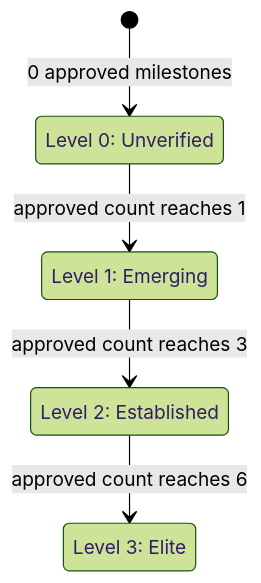
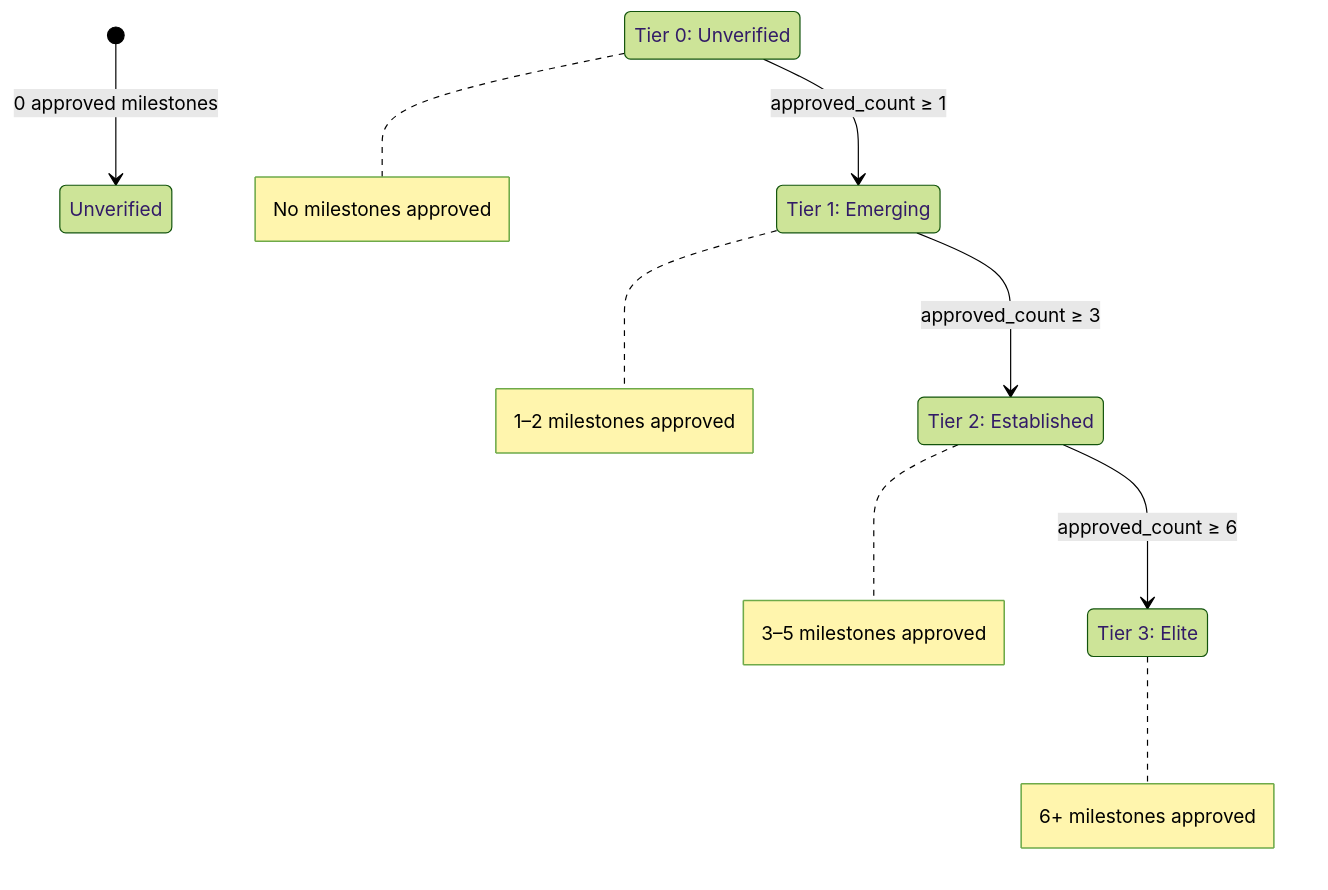
One commit to BarryArinze/scout-off-backend changed the diagram in docs/tier-promotion.md. Above: the diagram before and after it, drawn with Mermaid (forest theme). The commit also changed other lines of this file and 2 other files, not shown here.

````diff
--- a/docs/tier-promotion.md
+++ b/docs/tier-promotion.md
@@ -41,12 +60,28 @@
 ```mermaid
 stateDiagram-v2
     [*] --> Unverified: 0 approved milestones
-    state "Level 0: Unverified" as Unverified
-    state "Level 1: Emerging" as Emerging
-    state "Level 2: Established" as Established
-    state "Level 3: Elite" as Elite
+    state "Tier 0: Unverified" as Tier0
+    state "Tier 1: Emerging" as Tier1
+    state "Tier 2: Established" as Tier2
+    state "Tier 3: Elite" as Tier3
 
-    Unverified --> Emerging: approved count reaches 1
-    Emerging --> Established: approved count reaches 3
-    Established --> Elite: approved count reaches 6
+    Tier0 --> Tier1: approved_count ≥ 1
+    Tier1 --> Tier2: approved_count ≥ 3
+    Tier2 --> Tier3: approved_count ≥ 6
+
+    note right of Tier0
+        No milestones approved
+    end note
+
+    note right of Tier1
+        1–2 milestones approved
+    end note
+
+    note right of Tier2
+        3–5 milestones approved
+    end note
+
+    note right of Tier3
+        6+ milestones approved
+    end note
 ```
````
